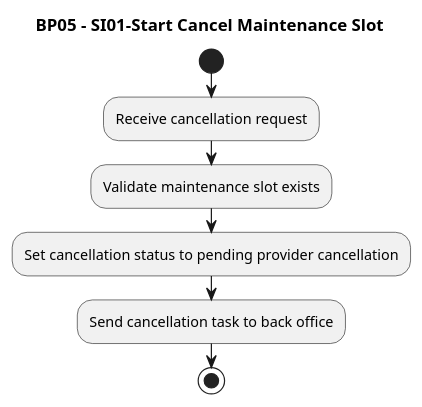
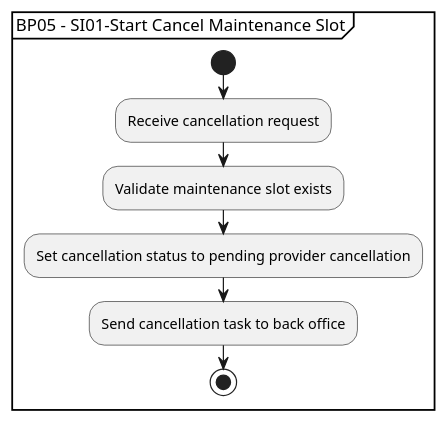
The diagram in 2.System Interactions/1.SystemInteractionDiagrams/BP05-SI01-Start-Cancel-Maintenance-Slot.puml (aaberg/builders-clinic-fix-me), drawn with PlantUML before and after one commit. The commit also changed 54 other files, not shown here.

```diff
--- a/2.System Interactions/1.SystemInteractionDiagrams/BP05-SI01-Start-Cancel-Maintenance-Slot.puml
+++ b/2.System Interactions/1.SystemInteractionDiagrams/BP05-SI01-Start-Cancel-Maintenance-Slot.puml
@@ -1,11 +1,12 @@
 @startuml
-title BP05 - SI01-Start Cancel Maintenance Slot
 
-start
-:Receive cancellation request;
-:Validate maintenance slot exists;
-:Set cancellation status to pending provider cancellation;
-:Send cancellation task to back office;
-stop
+partition "BP05 - SI01-Start Cancel Maintenance Slot" {
+  start
+  :Receive cancellation request;
+  :Validate maintenance slot exists;
+  :Set cancellation status to pending provider cancellation;
+  :Send cancellation task to back office;
+  stop
+}
 
 @enduml
```
